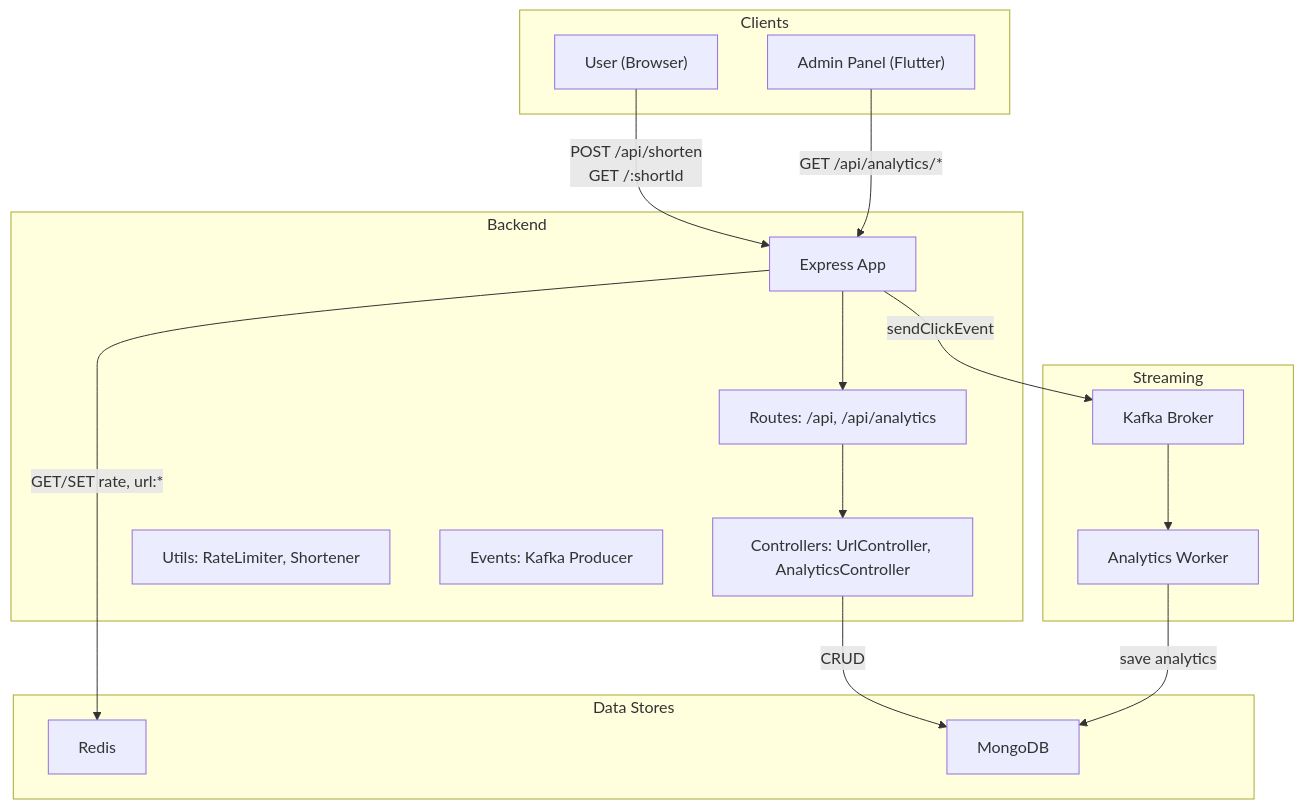
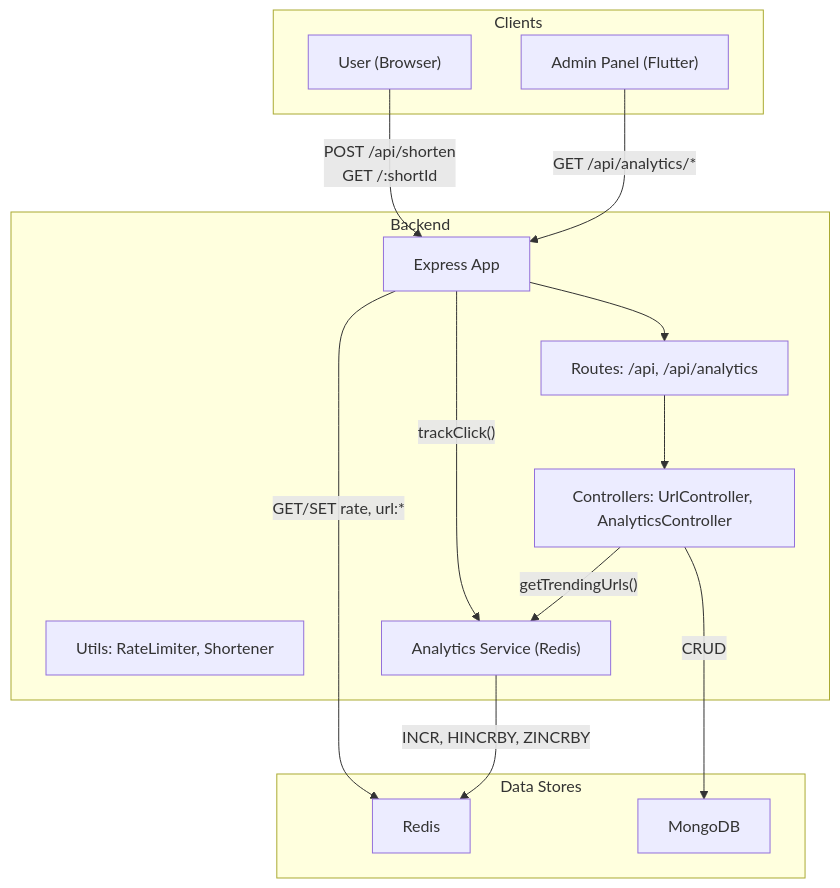
The first of 5 diagrams in README.md (asishghos/url-shortener), drawn with Mermaid before and after one commit. The commit also changed other lines of this file and 554 other files, not shown here.

````diff
--- a/README.md
+++ b/README.md
@@ -6,31 +174,27 @@
 ```mermaid
 graph TD
 subgraph "Clients"
   U["User (Browser)"]
   A["Admin Panel (Flutter)"]
 end
 subgraph "Backend"
   API["Express App"]
   Rts["Routes: /api, /api/analytics"]
   Ctrls["Controllers: UrlController, AnalyticsController"]
   Utils["Utils: RateLimiter, Shortener"]
-  Ev["Events: Kafka Producer"]
+  Analytics["Analytics Service (Redis)"]
 end
 subgraph "Data Stores"
   R["Redis"]
   M["MongoDB"]
-end
-subgraph "Streaming"
-  K["Kafka Broker"]
-  W["Analytics Worker"]
 end
 U -->|"POST /api/shorten\nGET /:shortId"| API
 A -->|"GET /api/analytics/*"| API
 API --> Rts
 Rts --> Ctrls
 Ctrls -->|"CRUD"| M
 API -->|"GET/SET rate, url:*"| R
-API -->|"sendClickEvent"| K
-K --> W
-W -->|"save analytics"| M
+API -->|"trackClick()"| Analytics
+Analytics -->|"INCR, HINCRBY, ZINCRBY"| R
+Ctrls -->|"getTrendingUrls()"| Analytics
 ```
````
